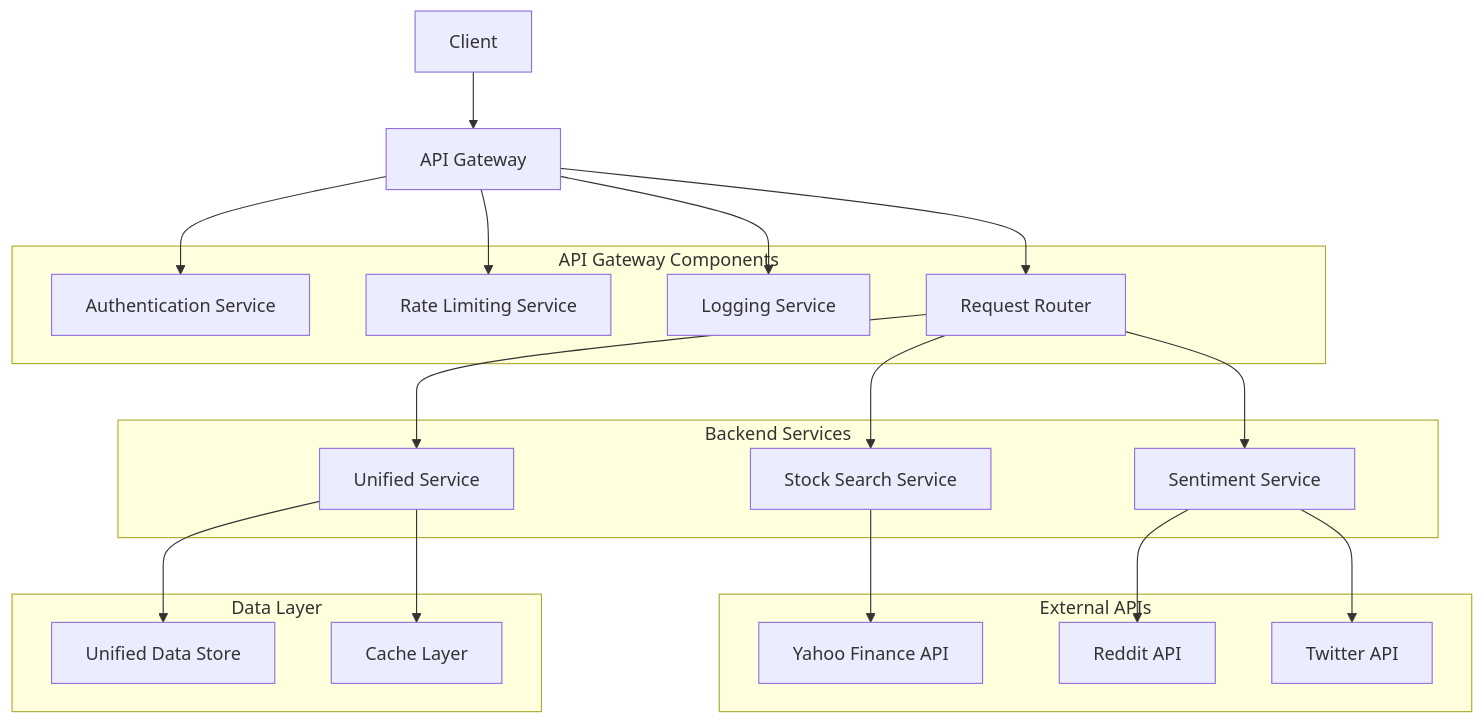
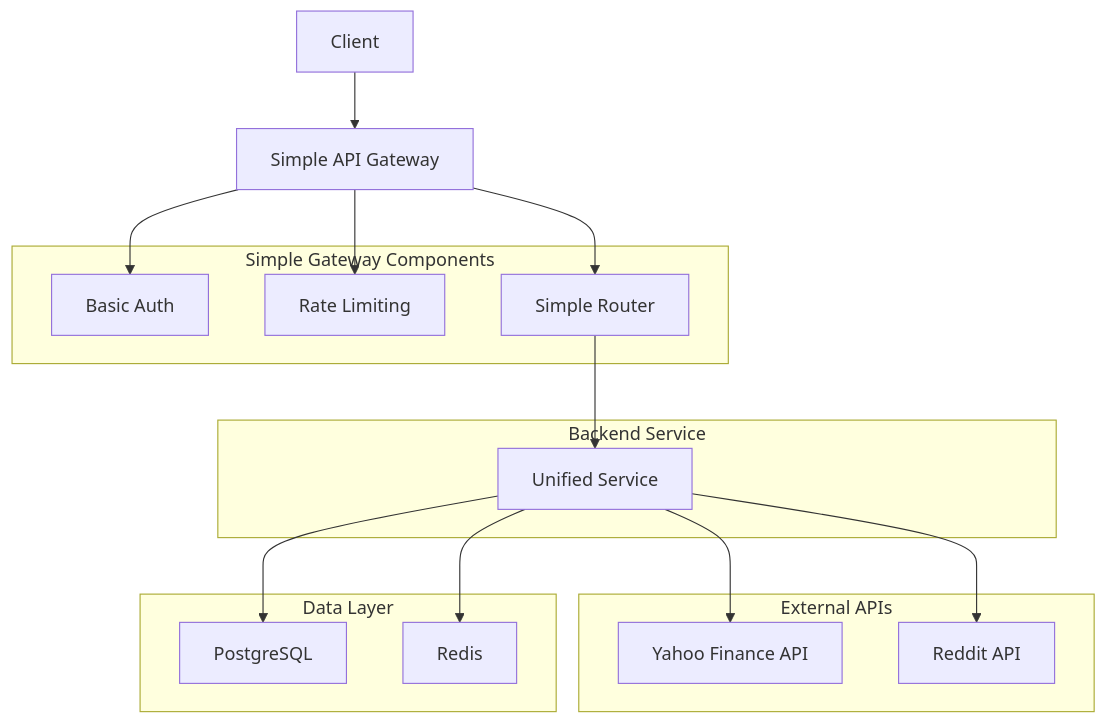
Before and after one commit to ftfuture/InsiteChart: the first of 2 diagrams in docs/spec/12-api-gateway-routing.md, drawn with Mermaid. The commit also changed other lines of this file and 316 other files, not shown here.

````diff
--- a/docs/spec/12-api-gateway-routing.md
+++ b/docs/spec/12-api-gateway-routing.md
@@ -11,44 +11,36 @@
 ```mermaid
 graph TB
-    A[Client] --> B[API Gateway]
+    A[Client] --> B[Simple API Gateway]
     
-    B --> C[Authentication Service]
-    B --> D[Rate Limiting Service]
-    B --> E[Logging Service]
-    B --> F[Request Router]
+    B --> C[Basic Auth]
+    B --> D[Rate Limiting]
+    B --> E[Simple Router]
     
-    F --> G[Stock Search Service]
-    F --> H[Sentiment Service]
-    F --> I[Unified Service]
+    E --> F[Unified Service]
     
-    G --> J[Yahoo Finance API]
-    H --> K[Reddit API]
-    H --> L[Twitter API]
+    F --> G[Yahoo Finance API]
+    F --> H[Reddit API]
     
-    I --> M[Unified Data Store]
-    I --> N[Cache Layer]
+    F --> I[PostgreSQL]
+    F --> J[Redis]
     
-    subgraph "API Gateway Components"
+    subgraph "Simple Gateway Components"
         C
         D
         E
+    end
+    
+    subgraph "Backend Service"
         F
     end
     
-    subgraph "Backend Services"
+    subgraph "External APIs"
         G
         H
-        I
-    end
-    
-    subgraph "External APIs"
-        J
-        K
-        L
     end
     
     subgraph "Data Layer"
-        M
-        N
+        I
+        J
     end
 ```
````
